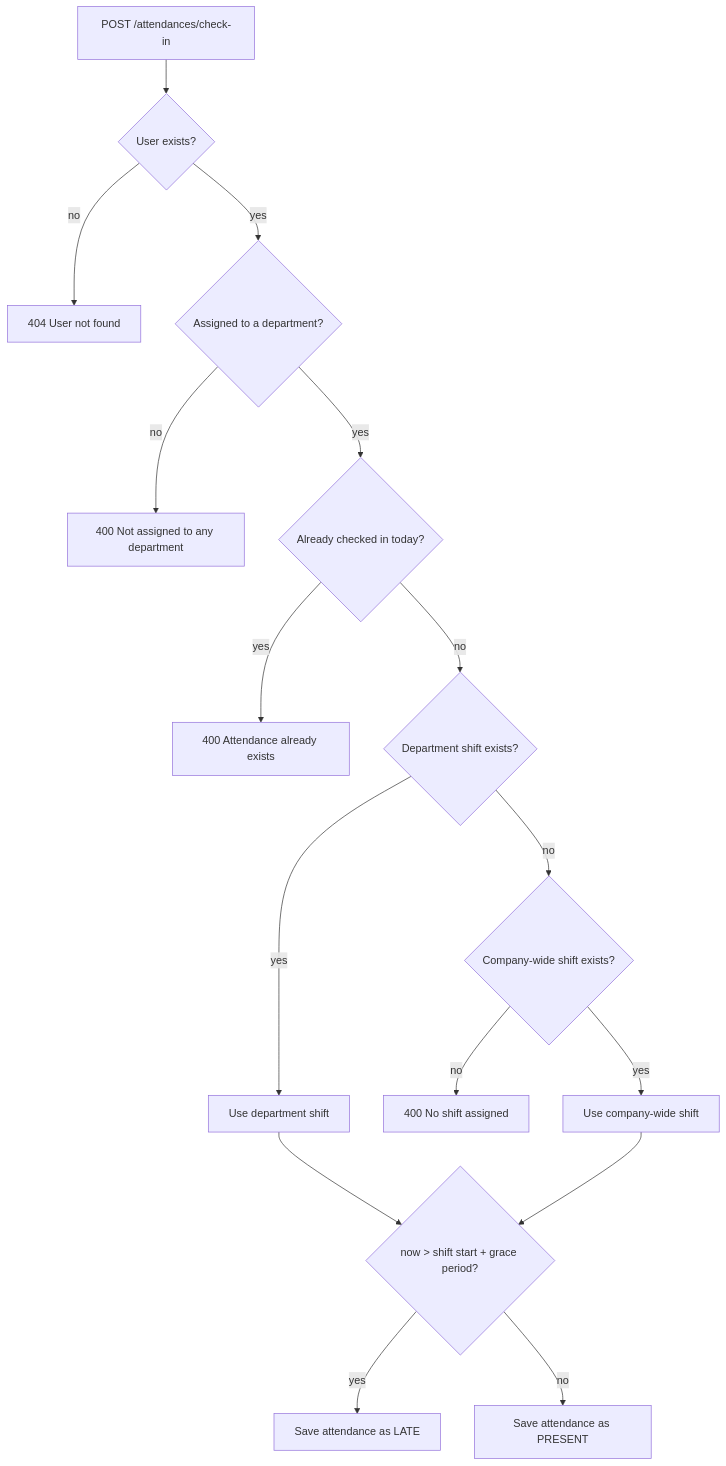
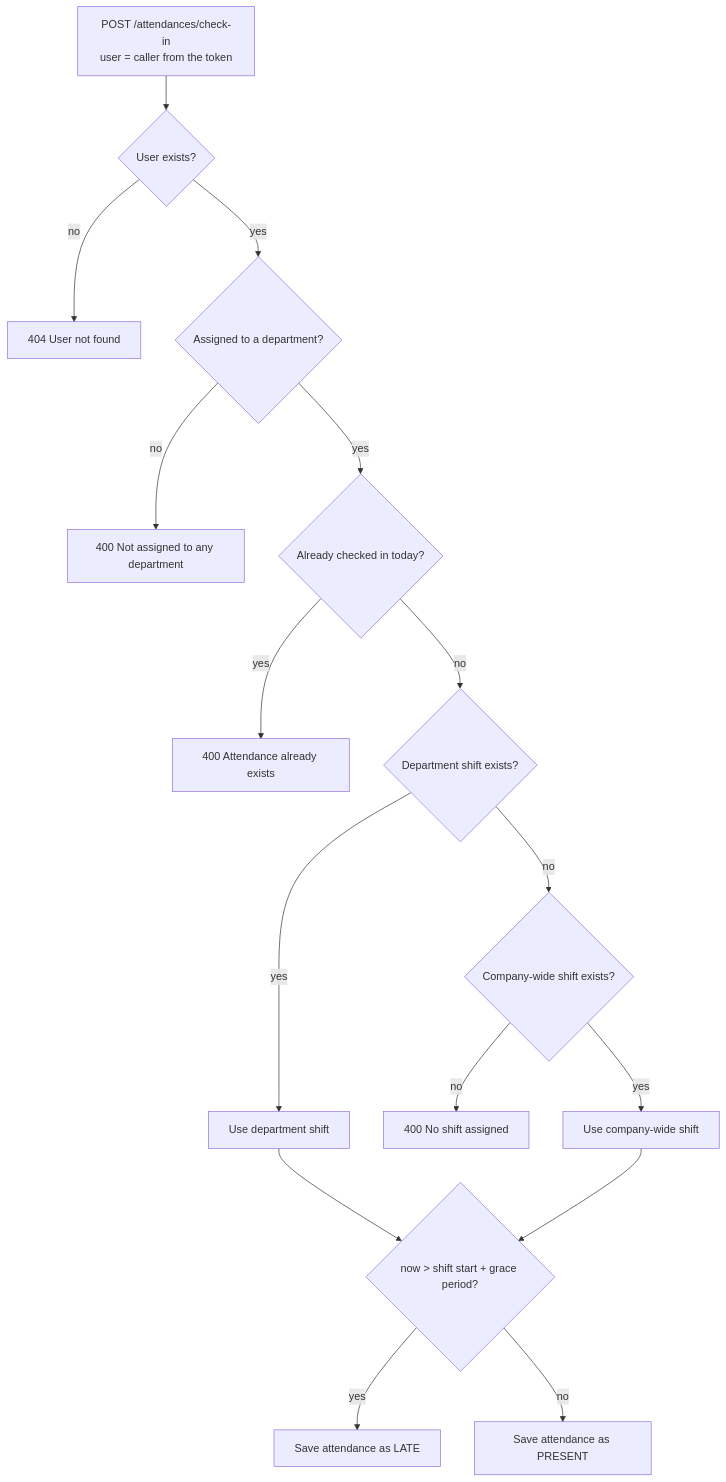
The third of 6 diagrams in docs/architecture.md (defoibrahim/hrm-platform-showcase), drawn with Mermaid before and after one commit. The commit also changed other lines of this file and 23 other files, not shown here.

````diff
--- a/docs/architecture.md
+++ b/docs/architecture.md
@@ -80,17 +90,17 @@
 ```mermaid
 flowchart TD
-  A[POST /attendances/check-in] --> B{User exists?}
+  A[POST /attendances/check-in<br/>user = caller from the token] --> B{User exists?}
   B -- no --> E1[404 User not found]
   B -- yes --> C{Assigned to a department?}
   C -- no --> E2[400 Not assigned to any department]
   C -- yes --> D{Already checked in today?}
   D -- yes --> E3[400 Attendance already exists]
   D -- no --> S{Department shift exists?}
   S -- yes --> T[Use department shift]
   S -- no --> U{Company-wide shift exists?}
   U -- no --> E4[400 No shift assigned]
   U -- yes --> T2[Use company-wide shift]
   T & T2 --> K{now > shift start + grace period?}
   K -- yes --> L[Save attendance as LATE]
   K -- no --> P[Save attendance as PRESENT]
 ```
````
